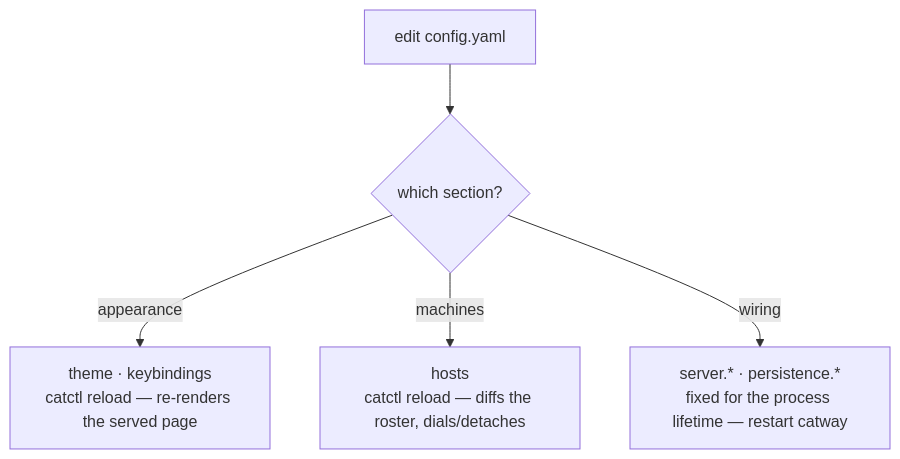
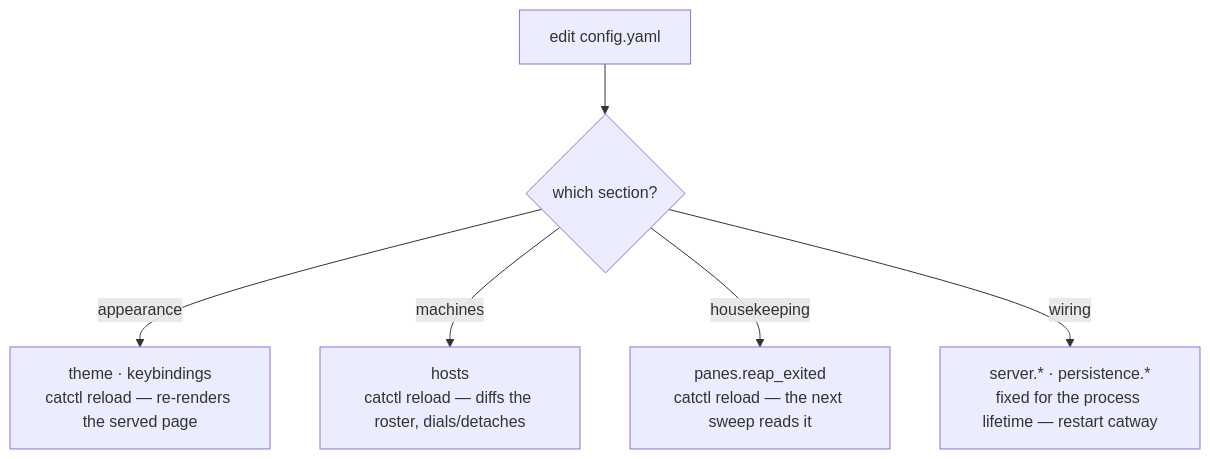
One commit to rohanthewiz/cats changed the second of 2 diagrams in docs/reference/configuration.md. Above: the diagram before and after it, drawn with Mermaid. The commit also changed other lines of this file and 14 other files, not shown here.

````diff
--- a/docs/reference/configuration.md
+++ b/docs/reference/configuration.md
@@ -34,13 +34,15 @@
 ```mermaid
 flowchart TD
   EDIT["edit config.yaml"]
   KIND{"which section?"}
   LIVE["theme · keybindings<br/>catctl reload — re-renders the served page"]
   HOSTS["hosts<br/>catctl reload — diffs the roster, dials/detaches"]
+  REAP["panes.reap_exited<br/>catctl reload — the next sweep reads it"]
   FIXED["server.* · persistence.*<br/>fixed for the process lifetime — restart catway"]
 
   EDIT --> KIND
   KIND -->|"appearance"| LIVE
   KIND -->|"machines"| HOSTS
+  KIND -->|"housekeeping"| REAP
   KIND -->|"wiring"| FIXED
 ```
````
